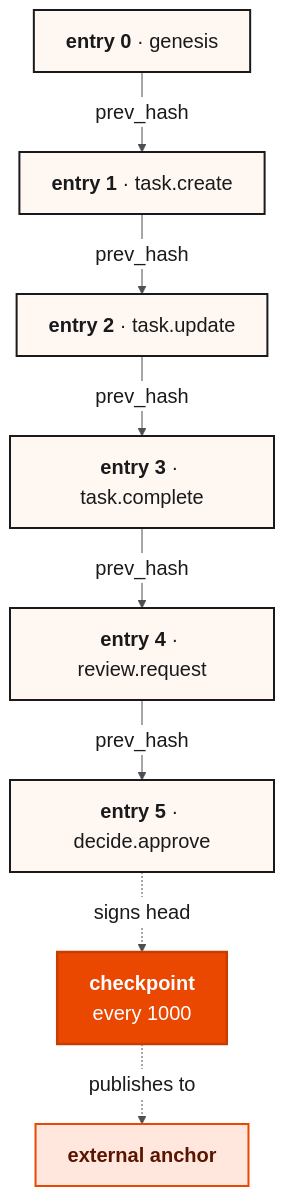
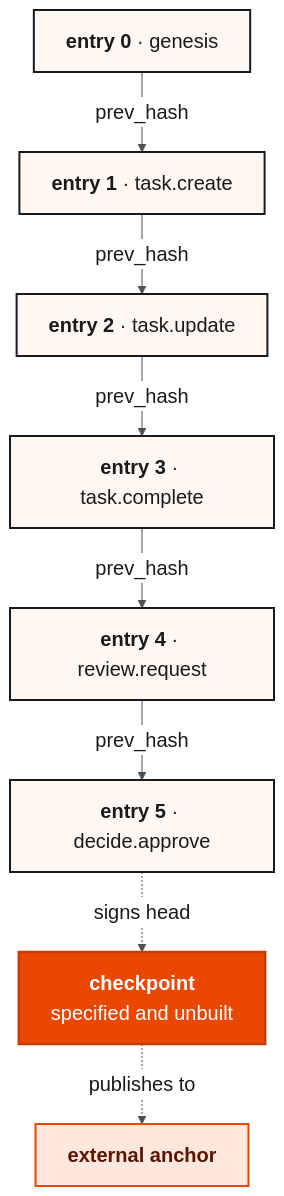
The fourth of 9 diagrams in ARCHITECTURE.md (BrightbeamAI/chap), drawn with Mermaid before and after one commit. The commit also changed other lines of this file and 8 other files, not shown here.

````diff
--- a/ARCHITECTURE.md
+++ b/ARCHITECTURE.md
@@ -225,35 +234,35 @@
 ```mermaid
 %%{init: {
   "theme": "base",
   "themeVariables": {
     "fontSize": "20px",
     "fontFamily": "Arial, Helvetica, sans-serif",
     "primaryColor": "#ffffff",
     "primaryTextColor": "#1a1a1c",
     "primaryBorderColor": "#1a1a1c",
     "lineColor": "#4f4f52"
   },
   "flowchart": { "curve": "linear", "nodeSpacing": 50, "rankSpacing": 50, "padding": 16 }
 }}%%
 flowchart TB
     classDef entry  fill:#FFF8F2,stroke:#1a1a1c,stroke-width:2px,color:#1a1a1c
     classDef chkpt  fill:#EA4700,stroke:#C73D00,stroke-width:2.5px,color:#ffffff
     classDef anchor fill:#FFE7DD,stroke:#EA4700,stroke-width:2px,color:#5a1500
 
     E0["<b>entry 0</b> · genesis"]:::entry
     E1["<b>entry 1</b> · task.create"]:::entry
     E2["<b>entry 2</b> · task.update"]:::entry
     E3["<b>entry 3</b> · task.complete"]:::entry
     E4["<b>entry 4</b> · review.request"]:::entry
     E5["<b>entry 5</b> · decide.approve"]:::entry
-    CK["<b>checkpoint</b><br/>every 1000"]:::chkpt
+    CK["<b>checkpoint</b><br/>specified and unbuilt"]:::chkpt
     AN["<b>external anchor</b>"]:::anchor
 
     E0 -->|prev_hash| E1
     E1 -->|prev_hash| E2
     E2 -->|prev_hash| E3
     E3 -->|prev_hash| E4
     E4 -->|prev_hash| E5
     E5 -. signs head .-> CK
     CK -. publishes to .-> AN
 ```
````
